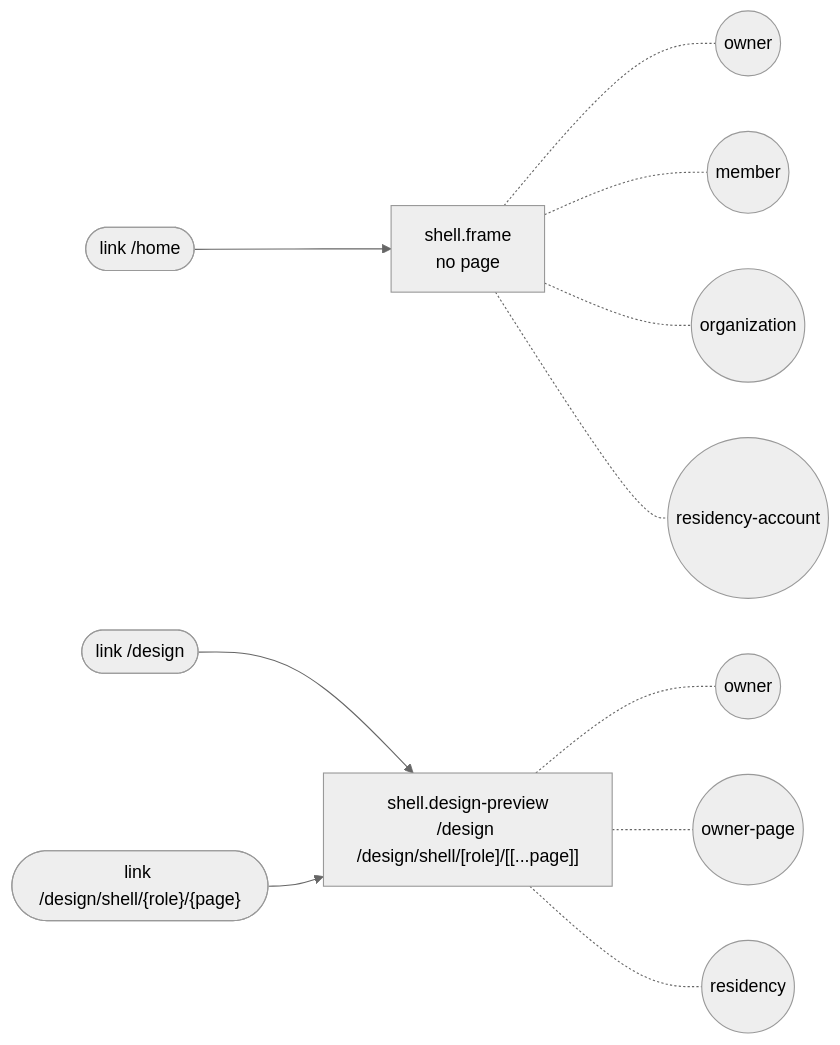
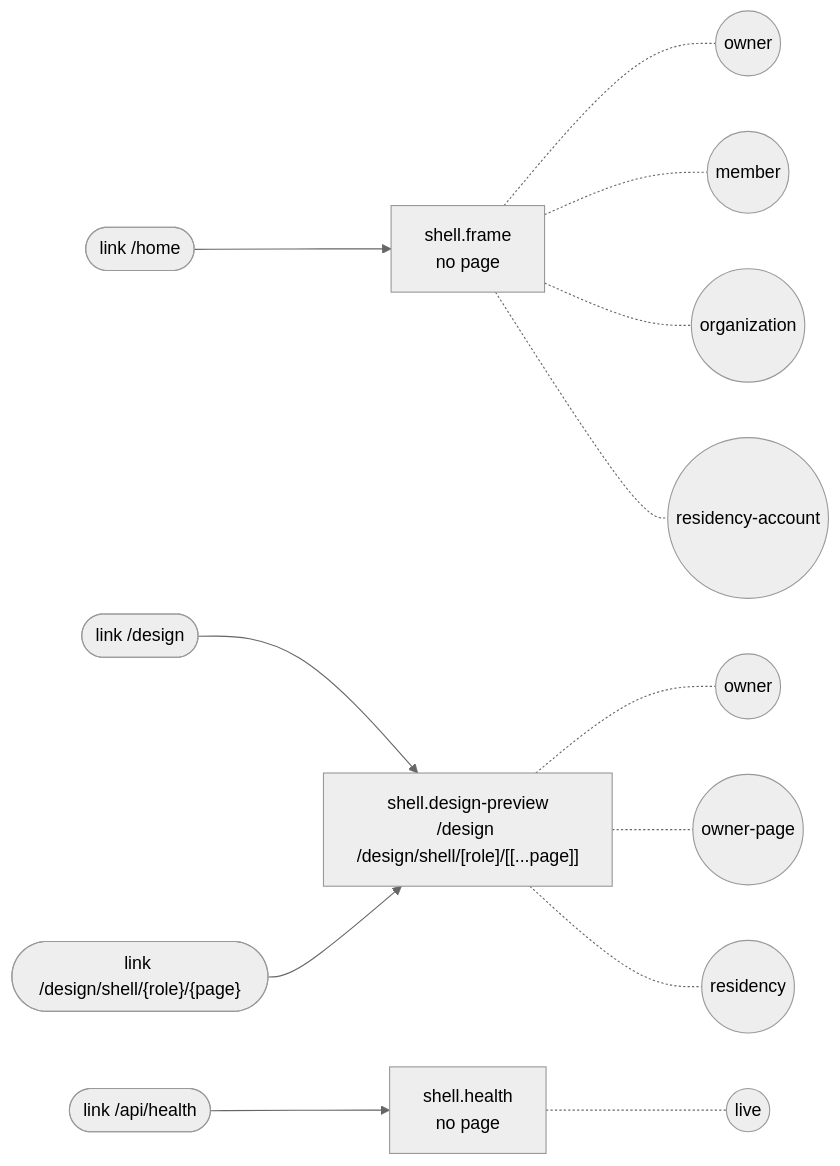
Before and after one commit to SebastianGarces/everyfield: the diagram in docs/feature-maps/shell.md, drawn with Mermaid (neutral theme). The commit also changed other lines of this file and 22 other files, not shown here.

````diff
--- a/docs/feature-maps/shell.md
+++ b/docs/feature-maps/shell.md
@@ -6,18 +6,22 @@
 ```mermaid
 flowchart LR
   s0_link0(["link /home"])
   s1_link0(["link /design"])
   s1_link1(["link /design/shell/{role}/{page}"])
+  s2_link0(["link /api/health"])
   s0["shell.frame<br/>no page"]
   s0_link0 --> s0
   s0 -.- s0_st0(("owner"))
   s0 -.- s0_st1(("member"))
   s0 -.- s0_st2(("organization"))
   s0 -.- s0_st3(("residency-account"))
   s1["shell.design-preview<br/>/design /design/shell/[role]/[[...page]]"]
   s1_link0 --> s1
   s1_link1 --> s1
   s1 -.- s1_st0(("owner"))
   s1 -.- s1_st1(("owner-page"))
   s1 -.- s1_st2(("residency"))
+  s2["shell.health<br/>no page"]
+  s2_link0 --> s2
+  s2 -.- s2_st0(("live"))
 ```
````
